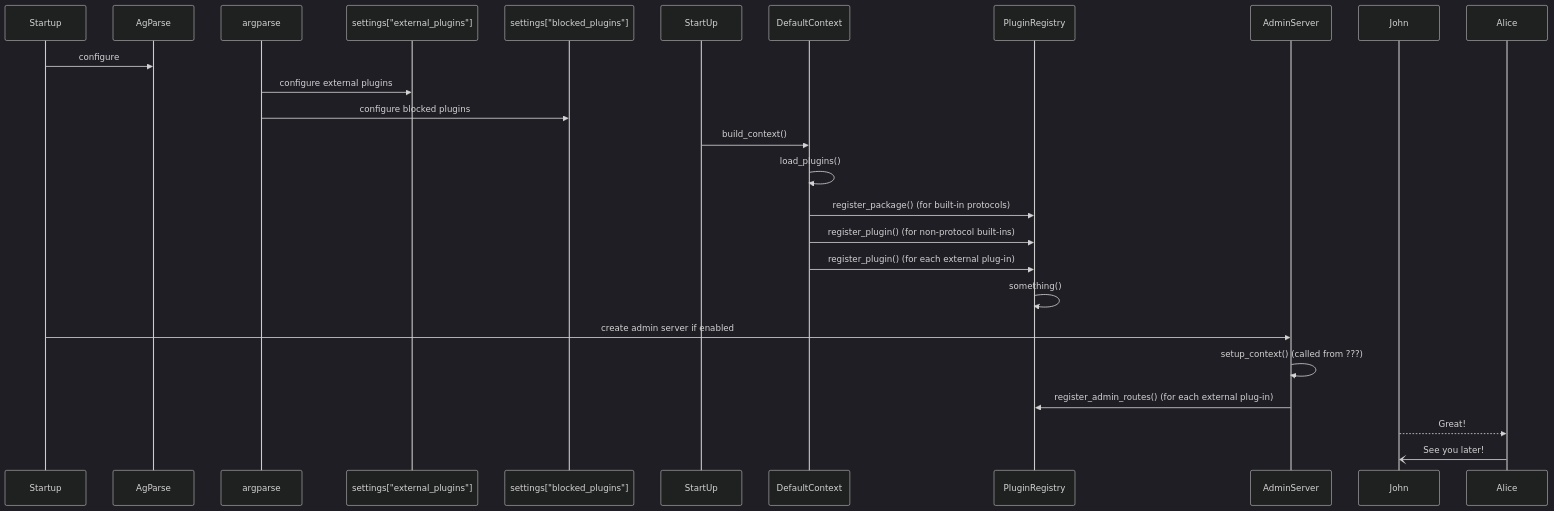
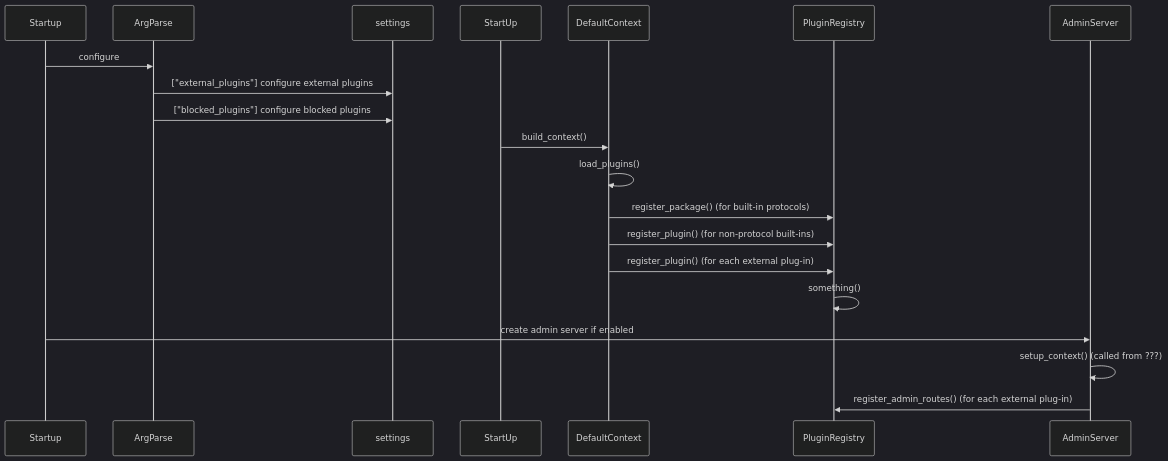
One commit to ianco/django-rest-hooks changed the diagram in README.md. Above: the diagram before and after it, drawn with Mermaid (dark theme).

Commit message:
Test diagrams

````diff
--- a/README.md
+++ b/README.md
@@ -458,17 +458,15 @@
 ```mermaid
 sequenceDiagram
-    Startup->>AgParse: configure
-    argparse->>settings["external_plugins"]: configure external plugins
-    argparse->>settings["blocked_plugins"]: configure blocked plugins
+    Startup->>ArgParse: configure
+    ArgParse->>settings:  ["external_plugins"] configure external plugins
+    ArgParse->>settings:  ["blocked_plugins"] configure blocked plugins
     StartUp->>DefaultContext:  build_context()
     DefaultContext->>DefaultContext:  load_plugins()
     DefaultContext->>PluginRegistry:  register_package() (for built-in protocols)
     DefaultContext->>PluginRegistry:  register_plugin() (for non-protocol built-ins)
     DefaultContext->>PluginRegistry:  register_plugin() (for each external plug-in)
     PluginRegistry->>PluginRegistry:  something()
     Startup->>AdminServer:  create admin server if enabled
     AdminServer->>AdminServer:  setup_context() (called from ???)
     AdminServer->>PluginRegistry:  register_admin_routes() (for each external plug-in)
-    John-->>Alice: Great!
-    Alice-)John: See you later!
 ```
````
